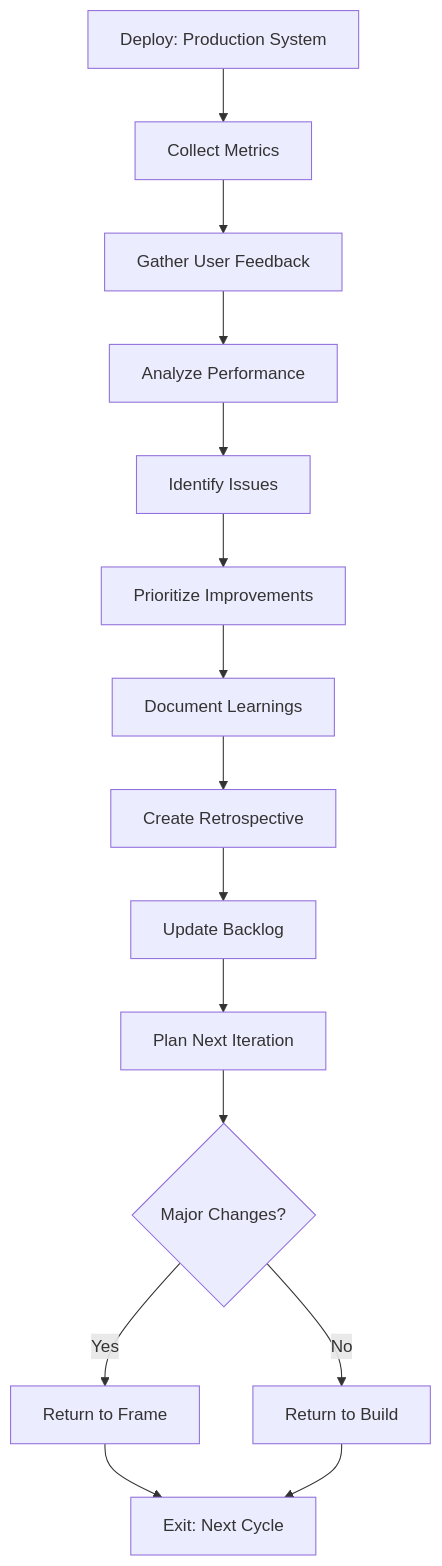
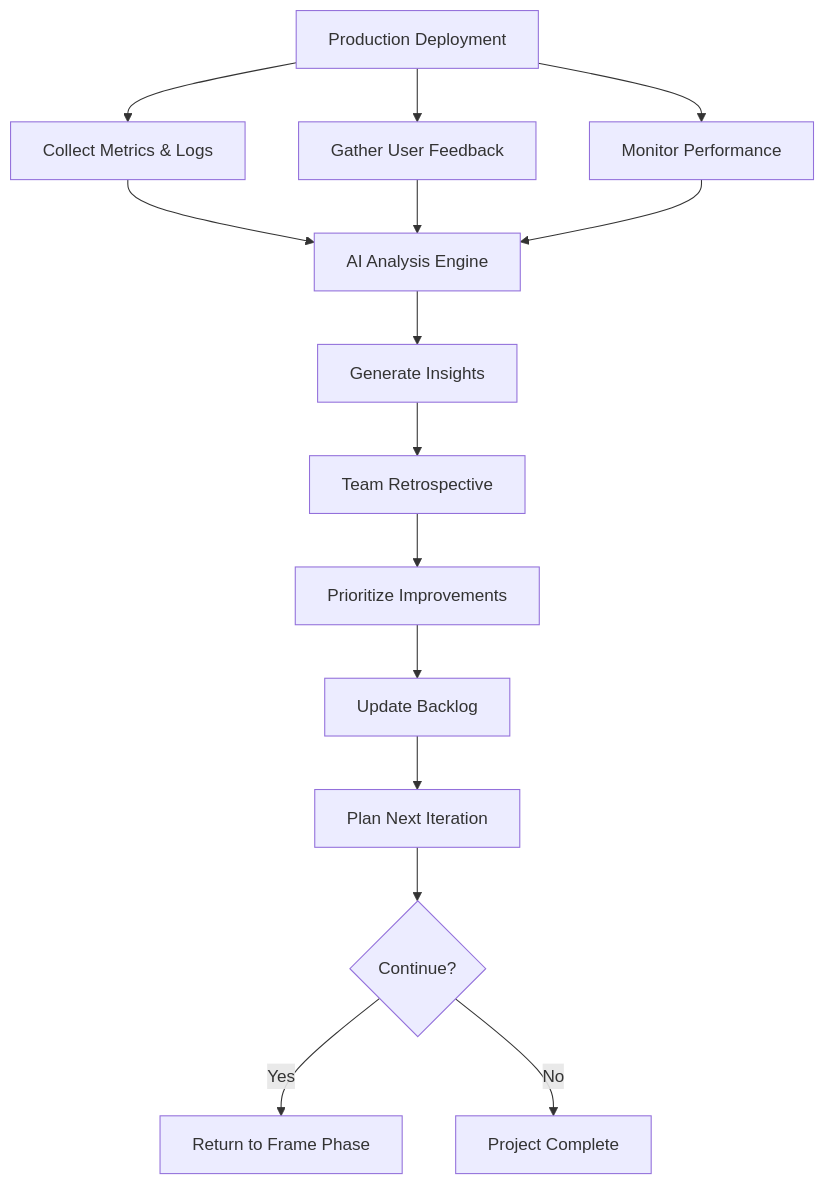
One commit to easel/ddx changed the diagram in workflows/helix/phases/06-iterate/README.md. Above: the diagram before and after it, drawn with Mermaid. The commit also changed other lines of this file and 143 other files, not shown here.

````diff
--- a/workflows/helix/phases/06-iterate/README.md
+++ b/workflows/helix/phases/06-iterate/README.md
@@ -48,17 +53,17 @@
 ```mermaid
 graph TD
-    A[Deploy: Production System] --> B[Collect Metrics]
-    B --> C[Gather User Feedback]
-    C --> D[Analyze Performance]
-    D --> E[Identify Issues]
-    E --> F[Prioritize Improvements]
-    F --> G[Document Learnings]
-    G --> H[Create Retrospective]
+    A[Production Deployment] --> B[Collect Metrics & Logs]
+    A --> C[Gather User Feedback]
+    A --> D[Monitor Performance]
+    B --> E[AI Analysis Engine]
+    C --> E
+    D --> E
+    E --> F[Generate Insights]
+    F --> G[Team Retrospective]
+    G --> H[Prioritize Improvements]
     H --> I[Update Backlog]
     I --> J[Plan Next Iteration]
-    J --> K{Major Changes?}
-    K -->|Yes| L[Return to Frame]
-    K -->|No| M[Return to Build]
-    L --> N[Exit: Next Cycle]
-    M --> N
+    J --> K{Continue?}
+    K -->|Yes| L[Return to Frame Phase]
+    K -->|No| M[Project Complete]
 ```
````
